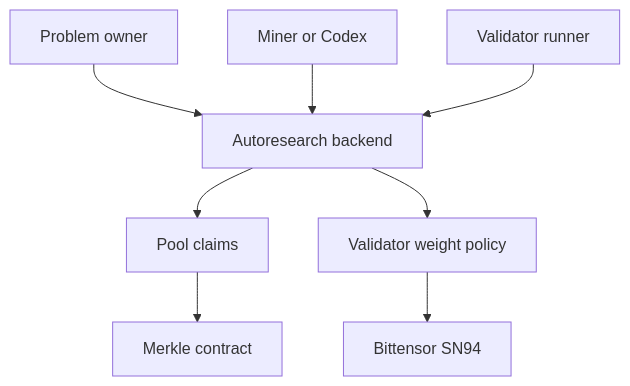
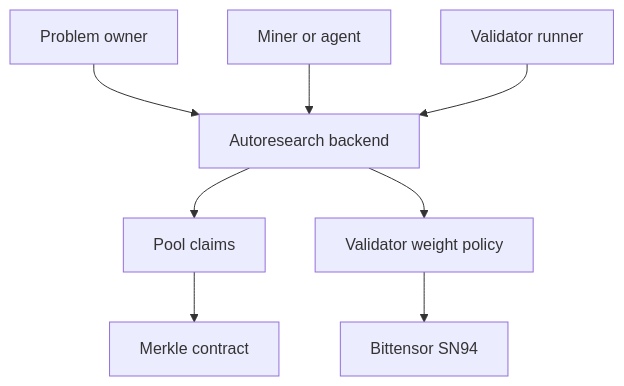
Before and after one commit to AlveusLabs/SN94-BitSota: the diagram in docs/index.md, drawn with Mermaid. The commit also changed other lines of this file and 10 other files, not shown here.

Commit message:
Rename Codex mining references to agent mining

````diff
--- a/docs/index.md
+++ b/docs/index.md
@@ -31,10 +31,10 @@
 ```mermaid
 flowchart TB
   Owner[Problem owner] --> Backend[Autoresearch backend]
-  Miner[Miner or Codex] --> Backend
+  Miner[Miner or agent] --> Backend
   Validator[Validator runner] --> Backend
   Backend --> Pool[Pool claims]
   Pool --> Contract[Merkle contract]
   Backend --> Weights[Validator weight policy]
   Weights --> Chain[Bittensor SN94]
 ```
````
